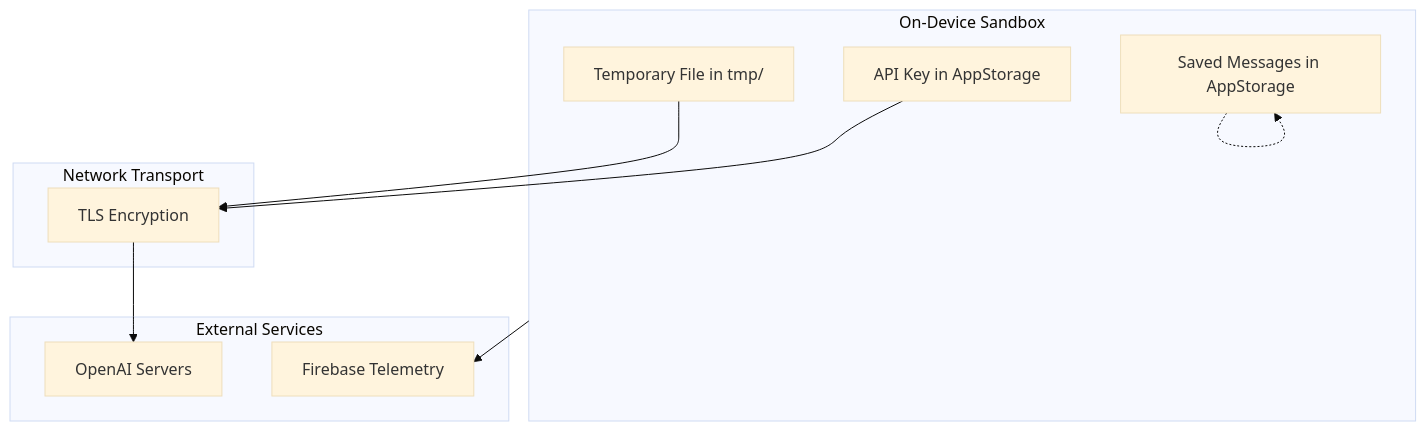
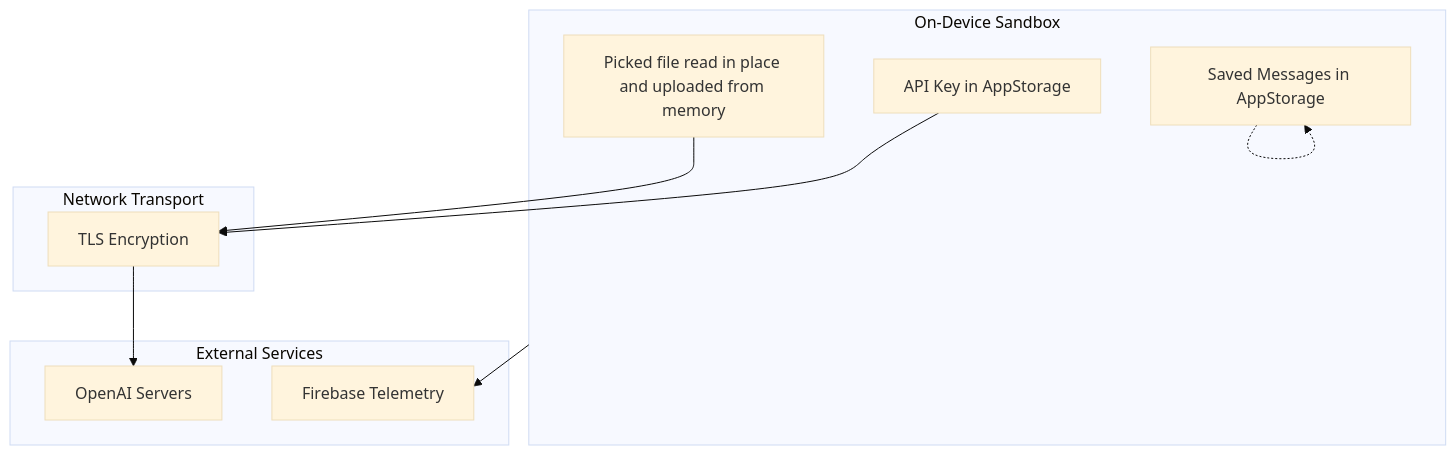
One commit to Gunnarguy/OpenAssistant changed the fourth of 4 diagrams in README.md. Above: the diagram before and after it, drawn with Mermaid (base theme). The commit also changed other lines of this file and 3 other files, not shown here.

First line of the commit message:
docs: off sale, Firebase Analytics, and files read in place

````diff
--- a/README.md
+++ b/README.md
@@ -154,21 +151,21 @@
 ```mermaid
 flowchart TD
     subgraph Device ["On-Device Sandbox"]
         Key[API Key in AppStorage]
         Msg[Saved Messages in AppStorage]
-        Tmp[Temporary File in tmp/]
+        Tmp[Picked file read in place and uploaded from memory]
     end
     subgraph Transport ["Network Transport"]
         TLS[TLS Encryption]
     end
     subgraph Cloud ["External Services"]
         OpenAI[OpenAI Servers]
         Firebase[Firebase Telemetry]
     end
 
     Key --> TLS
     Tmp --> TLS
     TLS --> OpenAI
     Msg -.-> Msg
     Device --> Firebase
 ```
````
